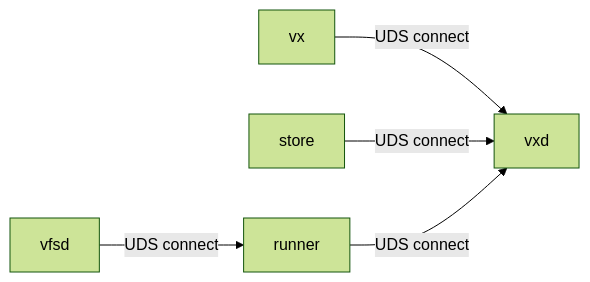
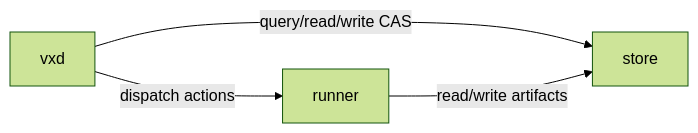
Before and after one commit to vixenware/vixen: the first of 3 diagrams in docs/content/daemons.md, drawn with Mermaid (forest theme). The commit also changed other lines of this file and 1 other file, not shown here.

````diff
--- a/docs/content/daemons.md
+++ b/docs/content/daemons.md
@@ -79,13 +8,10 @@
 ```mermaid
 flowchart LR
-  vx["vx"]
   vxd["vxd"]
   store["store"]
   runner["runner"]
-  vfsd["vfsd"]
 
-  vx -->|"UDS connect"| vxd
-  store -->|"UDS connect"| vxd
-  runner -->|"UDS connect"| vxd
-  vfsd -->|"UDS connect"| runner
+  vxd -->|"query/read/write CAS"| store
+  vxd -->|"dispatch actions"| runner
+  runner -->|"read/write artifacts"| store
 ```
````
